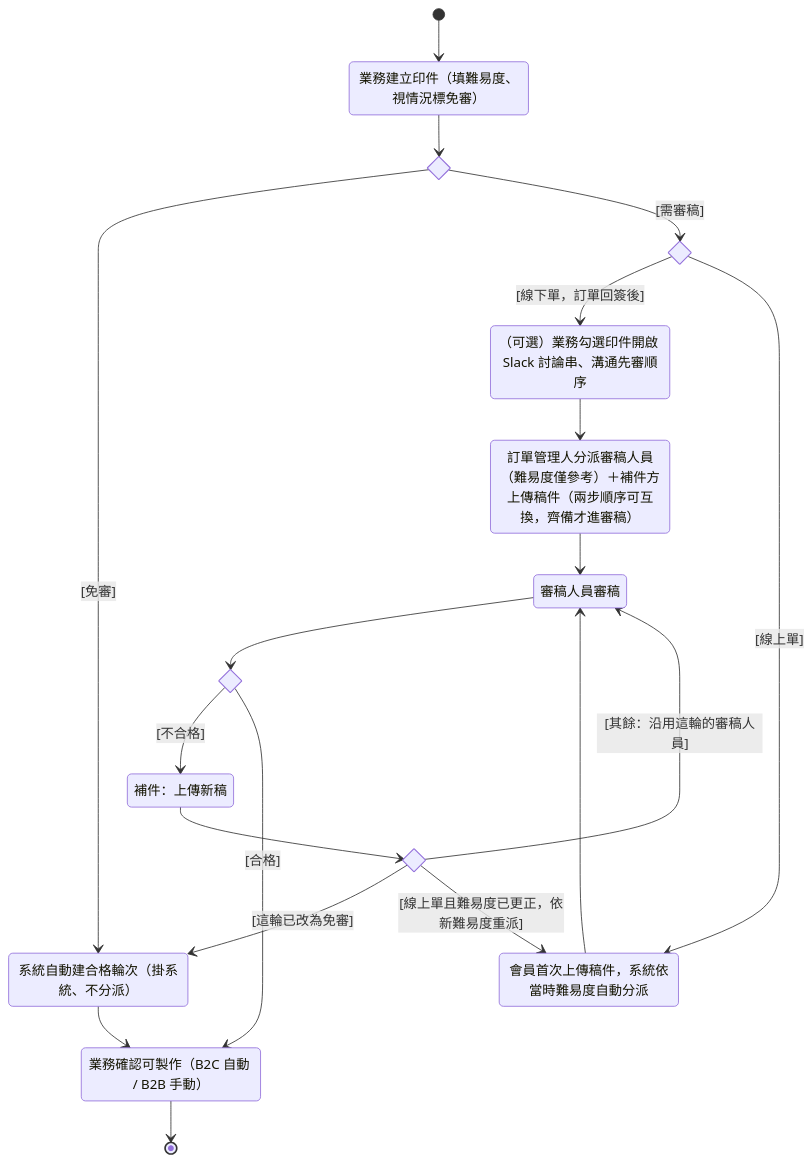
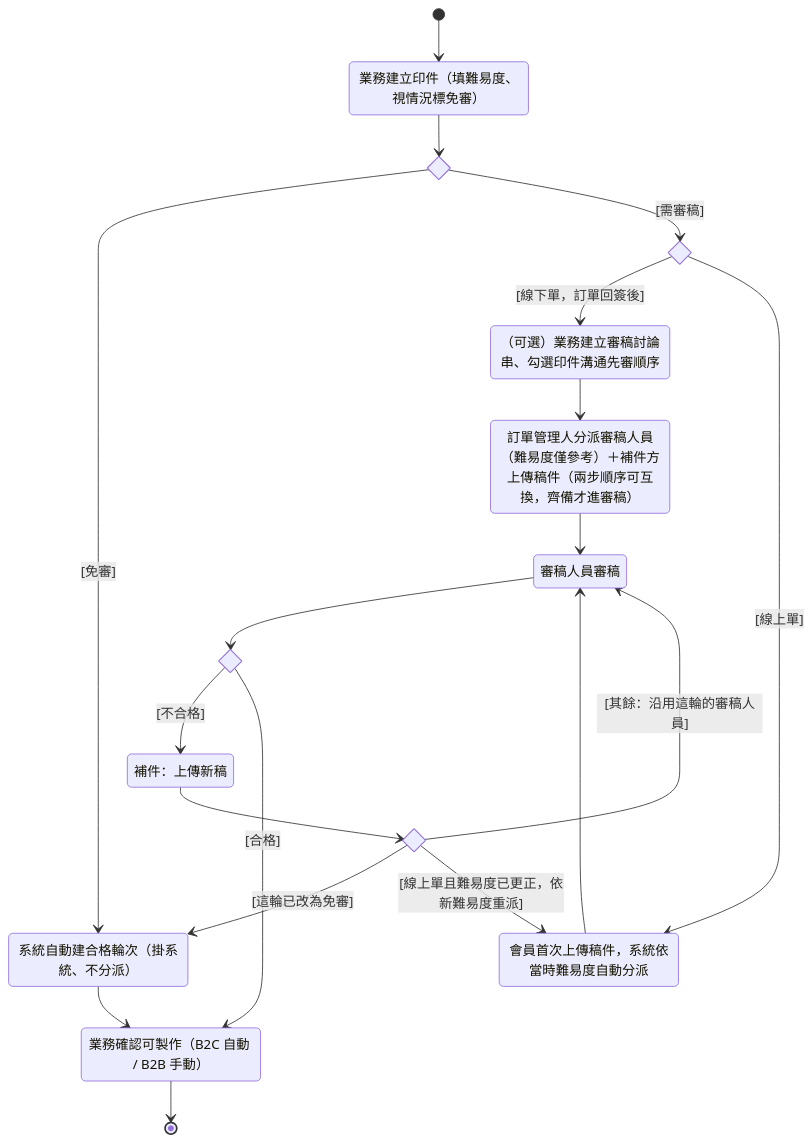
One commit to Kawato-Miles/erp-spec changed the diagram in memory/Sens_wiki/wiki/erp/07-scenarios/印件審稿.md. Above: the diagram before and after it, drawn with Mermaid. The commit also changed other lines of this file and 11 other files, not shown here.

````diff
--- a/memory/Sens_wiki/wiki/erp/07-scenarios/印件審稿.md
+++ b/memory/Sens_wiki/wiki/erp/07-scenarios/印件審稿.md
@@ -41,36 +41,36 @@
 ```mermaid
 stateDiagram-v2
     direction TB
 
     state "業務建立印件（填難易度、視情況標免審）" as a_create
     state if_exempt <<choice>>
     state "系統自動建合格輪次（掛系統、不分派）" as a_autopass
     state if_source <<choice>>
-    state "（可選）業務勾選印件開啟 Slack 討論串、溝通先審順序" as a_discuss
+    state "（可選）業務建立審稿討論串、勾選印件溝通先審順序" as a_discuss
     state "訂單管理人分派審稿人員（難易度僅參考）＋補件方上傳稿件（兩步順序可互換，齊備才進審稿）" as a_offline
     state "會員首次上傳稿件，系統依當時難易度自動分派" as a_online
     state "審稿人員審稿" as a_review
     state if_result <<choice>>
     state "補件：上傳新稿" as a_resub
     state if_recheck <<choice>>
     state "業務確認可製作（B2C 自動 / B2B 手動）" as a_confirm
 
     [*] --> a_create
     a_create --> if_exempt
     if_exempt --> a_autopass : [免審]
     if_exempt --> if_source : [需審稿]
     if_source --> a_discuss : [線下單，訂單回簽後]
     a_discuss --> a_offline
     if_source --> a_online : [線上單]
     a_offline --> a_review
     a_online --> a_review
     a_review --> if_result
     if_result --> a_resub : [不合格]
     a_resub --> if_recheck
     if_recheck --> a_autopass : [這輪已改為免審]
     if_recheck --> a_online : [線上單且難易度已更正，依新難易度重派]
     if_recheck --> a_review : [其餘：沿用這輪的審稿人員]
     if_result --> a_confirm : [合格]
     a_autopass --> a_confirm
     a_confirm --> [*]
 ```
````
